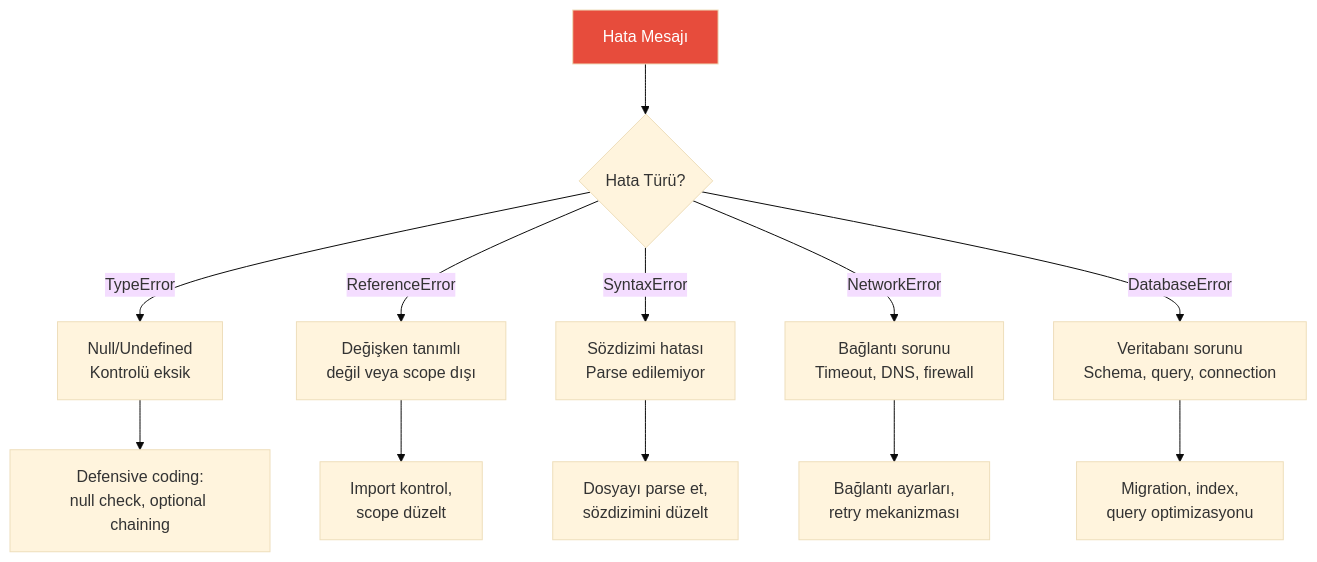
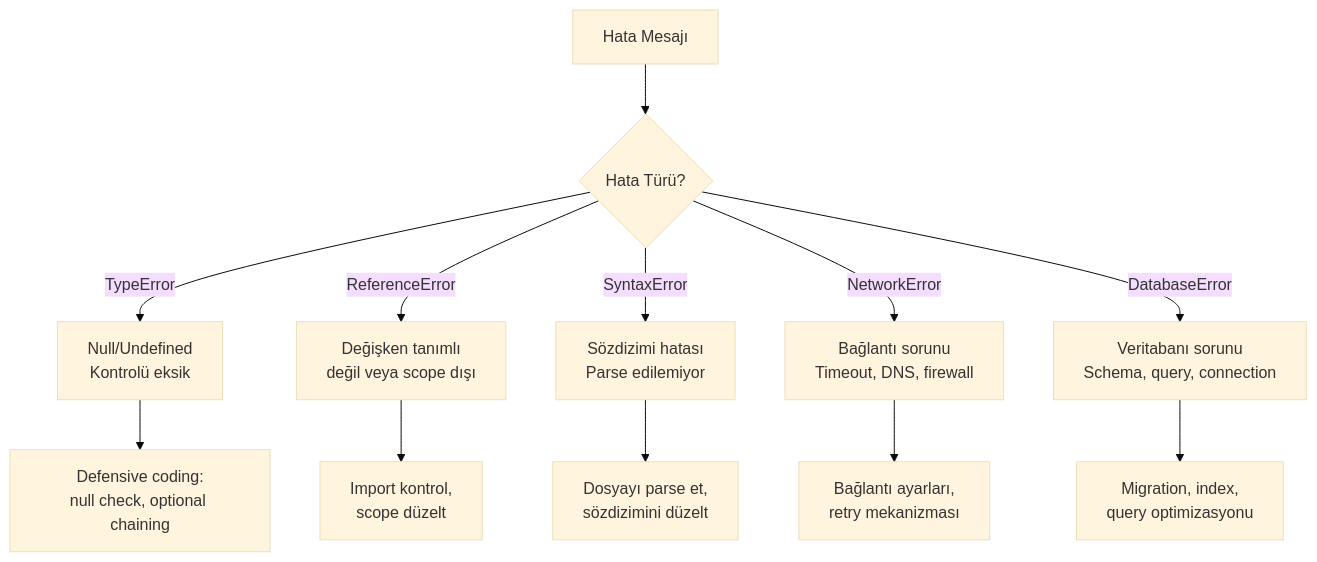
Before and after one commit to IzzetYasinAtes/ClaudeCodeHandbook: the second of 2 diagrams in 20-pratik-senaryolar/02-bug-duzeltme.md, drawn with Mermaid (base theme). The commit also changed other lines of this file and 97 other files, not shown here.

Commit message:
Remove all custom Mermaid style/fill colors from 98 markdown files for consistent dark theme rendering

````diff
--- a/20-pratik-senaryolar/02-bug-duzeltme.md
+++ b/20-pratik-senaryolar/02-bug-duzeltme.md
@@ -84,18 +81,16 @@
 ```mermaid
 flowchart TD
     A["Hata Mesajı"] --> B{"Hata Türü?"}
     
     B -->|TypeError| C["Null/Undefined<br/>Kontrolü eksik"]
     B -->|ReferenceError| D["Değişken tanımlı<br/>değil veya scope dışı"]
     B -->|SyntaxError| E["Sözdizimi hatası<br/>Parse edilemiyor"]
     B -->|NetworkError| F["Bağlantı sorunu<br/>Timeout, DNS, firewall"]
     B -->|DatabaseError| G["Veritabanı sorunu<br/>Schema, query, connection"]
     
     C --> H["Defensive coding:<br/>null check, optional chaining"]
     D --> I["Import kontrol,<br/>scope düzelt"]
     E --> J["Dosyayı parse et,<br/>sözdizimini düzelt"]
     F --> K["Bağlantı ayarları,<br/>retry mekanizması"]
     G --> L["Migration, index,<br/>query optimizasyonu"]
-
-    style A fill:#E74C3C,color:#fff
 ```
````
